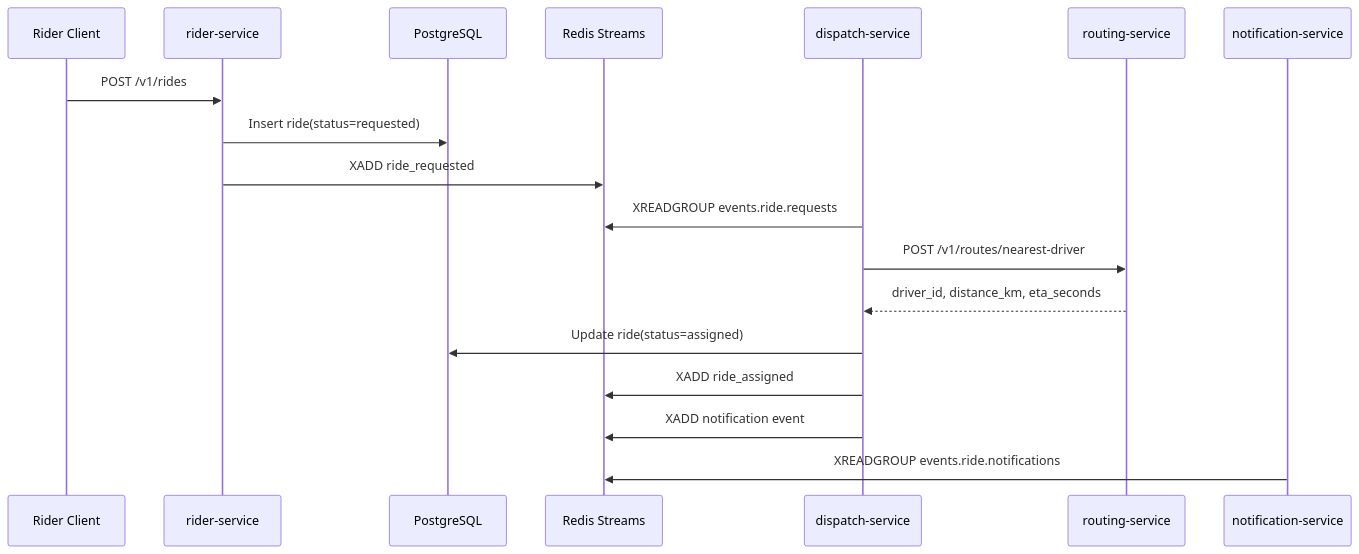
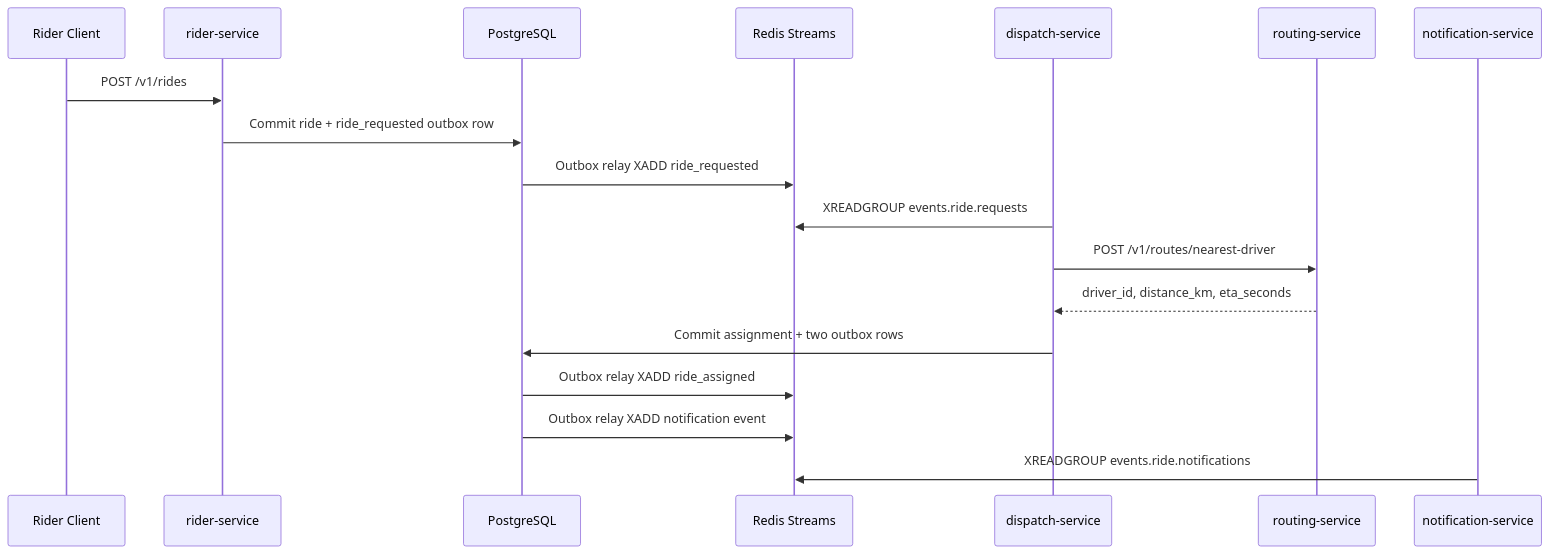
One commit to 96528025/MetroRide changed the second of 3 diagrams in README.md. Above: the diagram before and after it, drawn with Mermaid. The commit also changed other lines of this file and 14 other files, not shown here.

````diff
--- a/README.md
+++ b/README.md
@@ -48,21 +55,21 @@
 ```mermaid
 sequenceDiagram
     participant Client as Rider Client
     participant Rider as rider-service
     participant DB as PostgreSQL
     participant Bus as Redis Streams
     participant Dispatch as dispatch-service
     participant Routing as routing-service
     participant Notify as notification-service
 
     Client->>Rider: POST /v1/rides
-    Rider->>DB: Insert ride(status=requested)
-    Rider->>Bus: XADD ride_requested
+    Rider->>DB: Commit ride + ride_requested outbox row
+    DB->>Bus: Outbox relay XADD ride_requested
     Dispatch->>Bus: XREADGROUP events.ride.requests
     Dispatch->>Routing: POST /v1/routes/nearest-driver
     Routing-->>Dispatch: driver_id, distance_km, eta_seconds
-    Dispatch->>DB: Update ride(status=assigned)
-    Dispatch->>Bus: XADD ride_assigned
-    Dispatch->>Bus: XADD notification event
+    Dispatch->>DB: Commit assignment + two outbox rows
+    DB->>Bus: Outbox relay XADD ride_assigned
+    DB->>Bus: Outbox relay XADD notification event
     Notify->>Bus: XREADGROUP events.ride.notifications
 ```
````
